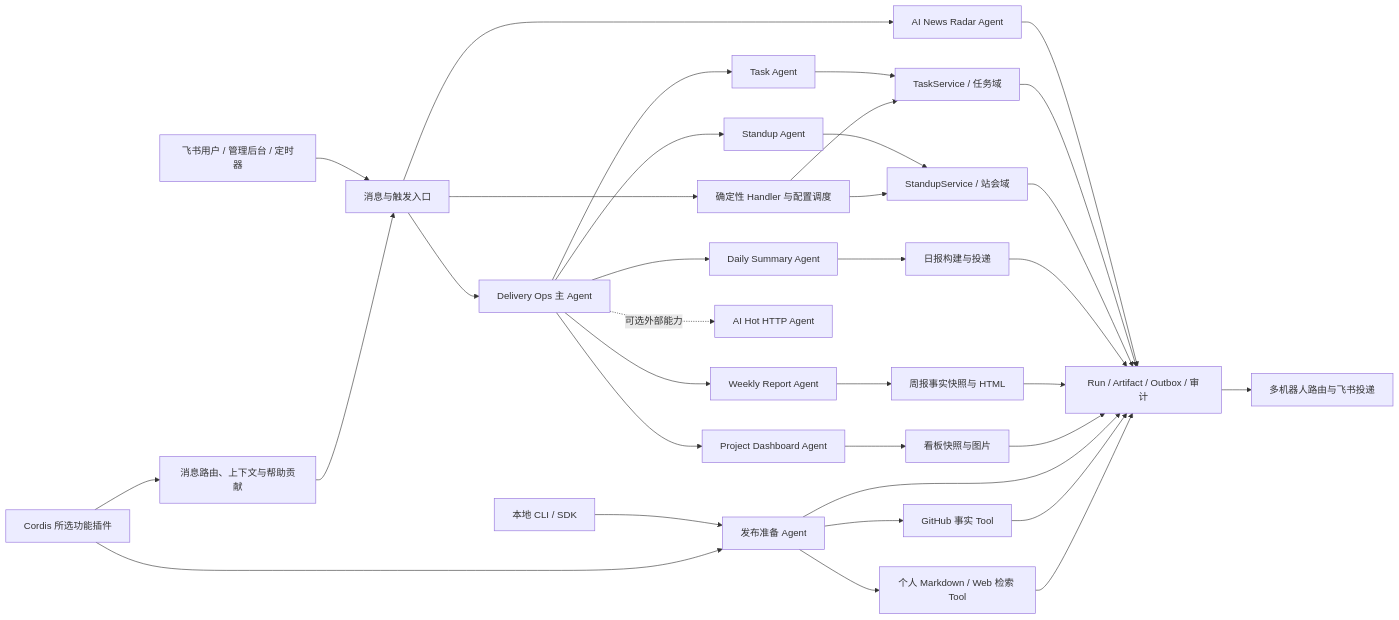
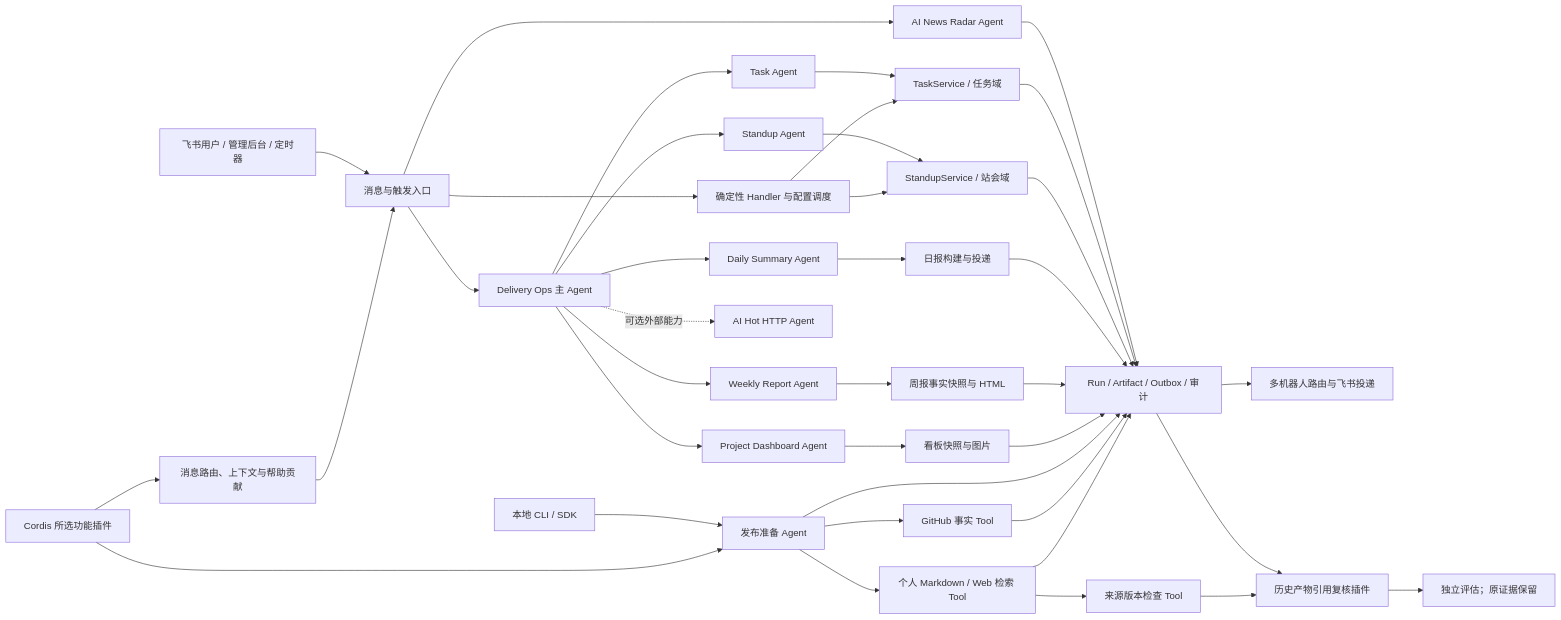
Before and after one commit to KlayPeter/AI-Delivery-Ops-Agent: the diagram in docs/features/README.md, drawn with Mermaid. The commit also changed other lines of this file and 28 other files, not shown here.

````diff
--- a/docs/features/README.md
+++ b/docs/features/README.md
@@ -5,36 +5,40 @@
 ```mermaid
 flowchart LR
     U["飞书用户 / 管理后台 / 定时器"] --> R["消息与触发入口"]
     R --> M["Delivery Ops 主 Agent"]
     M --> T["Task Agent"]
     M --> S["Standup Agent"]
     M --> D["Daily Summary Agent"]
     M --> W["Weekly Report Agent"]
     M --> P["Project Dashboard Agent"]
     R --> N["AI News Radar Agent"]
     N --> O
     M -. 可选外部能力 .-> H["AI Hot HTTP Agent"]
     T --> TS["TaskService / 任务域"]
     S --> SS["StandupService / 站会域"]
     D --> DS["日报构建与投递"]
     W --> WS["周报事实快照与 HTML"]
     P --> PS["看板快照与图片"]
     FP["Cordis 所选功能插件"] --> MC["消息路由、上下文与帮助贡献"]
     MC --> R
     R --> C["确定性 Handler 与配置调度"]
     C --> TS
     C --> SS
     TS --> O["Run / Artifact / Outbox / 审计"]
     SS --> O
     DS --> O
     WS --> O
     PS --> O
     O --> B["多机器人路由与飞书投递"]
     LP["本地 CLI / SDK"] --> RP["发布准备 Agent"]
     FP --> RP
     RP --> GH["GitHub 事实 Tool"]
     RP --> PK["个人 Markdown / Web 检索 Tool"]
     RP --> O
     GH --> O
     PK --> O
+    PK --> IV[来源版本检查 Tool]
+    O --> KI[历史产物引用复核插件]
+    IV --> KI
+    KI --> AS[独立评估；原证据保留]
 ```
````
